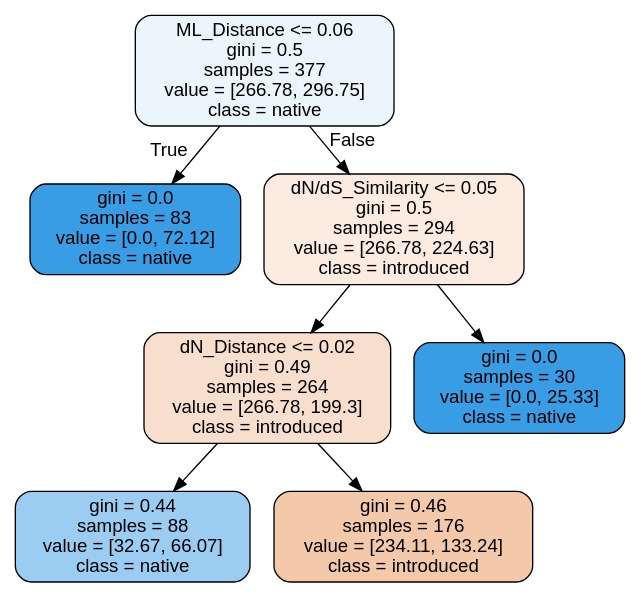
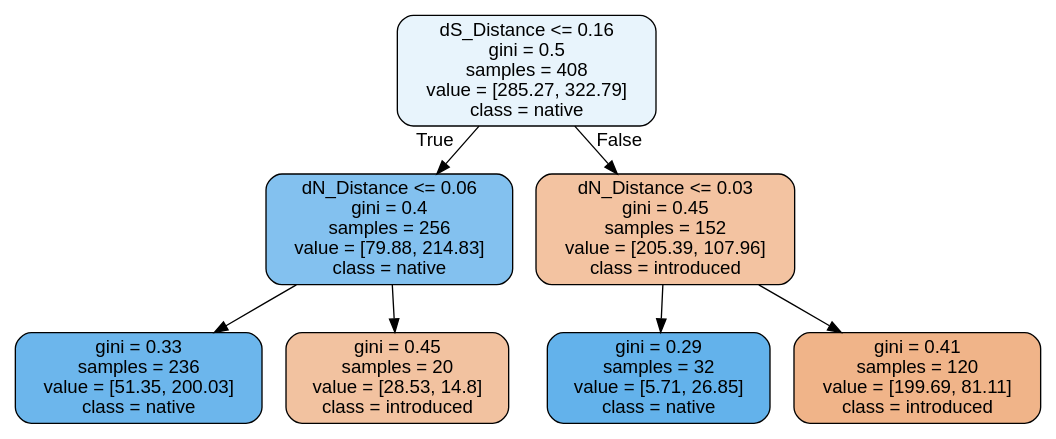
One commit to tokebe/niclassify changed the diagram in output/tree.dot. Above: the diagram before and after it, drawn with Graphviz. The commit also changed 9 other files, not shown here.

```diff
--- a/output/tree.dot
+++ b/output/tree.dot
@@ -1,17 +1,17 @@
 digraph Tree {
 node [shape=box, style="filled, rounded", color="black", fontname=helvetica] ;
 edge [fontname=helvetica] ;
-0 [label="ML_Distance <= 0.06\ngini = 0.5\nsamples = 377\nvalue = [266.78, 296.75]\nclass = native", fillcolor="#ebf5fc"] ;
-1 [label="gini = 0.0\nsamples = 83\nvalue = [0.0, 72.12]\nclass = native", fillcolor="#399de5"] ;
+0 [label="dS_Distance <= 0.16\ngini = 0.5\nsamples = 408\nvalue = [285.27, 322.79]\nclass = native", fillcolor="#e8f4fc"] ;
+1 [label="dN_Distance <= 0.06\ngini = 0.4\nsamples = 256\nvalue = [79.88, 214.83]\nclass = native", fillcolor="#83c1ef"] ;
 0 -> 1 [labeldistance=2.5, labelangle=45, headlabel="True"] ;
-2 [label="dN/dS_Similarity <= 0.05\ngini = 0.5\nsamples = 294\nvalue = [266.78, 224.63]\nclass = introduced", fillcolor="#fbebe0"] ;
+5 [label="gini = 0.33\nsamples = 236\nvalue = [51.35, 200.03]\nclass = native", fillcolor="#6cb6ec"] ;
+1 -> 5 ;
+6 [label="gini = 0.45\nsamples = 20\nvalue = [28.53, 14.8]\nclass = introduced", fillcolor="#f2c2a0"] ;
+1 -> 6 ;
+2 [label="dN_Distance <= 0.03\ngini = 0.45\nsamples = 152\nvalue = [205.39, 107.96]\nclass = introduced", fillcolor="#f3c3a1"] ;
 0 -> 2 [labeldistance=2.5, labelangle=-45, headlabel="False"] ;
-3 [label="dN_Distance <= 0.02\ngini = 0.49\nsamples = 264\nvalue = [266.78, 199.3]\nclass = introduced", fillcolor="#f8dfcd"] ;
+3 [label="gini = 0.29\nsamples = 32\nvalue = [5.71, 26.85]\nclass = native", fillcolor="#63b2eb"] ;
 2 -> 3 ;
-5 [label="gini = 0.44\nsamples = 88\nvalue = [32.67, 66.07]\nclass = native", fillcolor="#9bcdf2"] ;
-3 -> 5 ;
-6 [label="gini = 0.46\nsamples = 176\nvalue = [234.11, 133.24]\nclass = introduced", fillcolor="#f4c9aa"] ;
-3 -> 6 ;
-4 [label="gini = 0.0\nsamples = 30\nvalue = [0.0, 25.33]\nclass = native", fillcolor="#399de5"] ;
+4 [label="gini = 0.41\nsamples = 120\nvalue = [199.69, 81.11]\nclass = introduced", fillcolor="#f0b489"] ;
 2 -> 4 ;
 }
```
